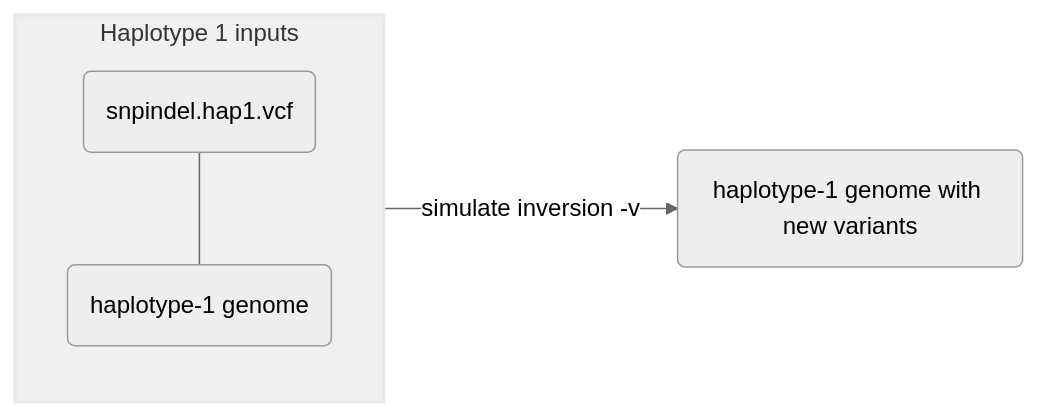
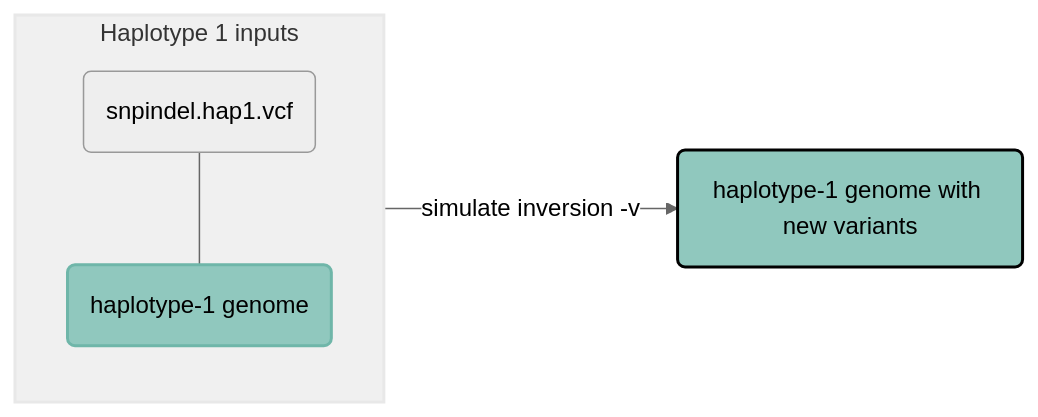
The fifth of 6 diagrams in Modules/Simulate/simulate-variants.md (pdimens/harpy), drawn with Mermaid (neutral theme) before and after one commit. The commit also changed other lines of this file, not shown here.

````diff
--- a/Modules/Simulate/simulate-variants.md
+++ b/Modules/Simulate/simulate-variants.md
@@ -247,8 +264,10 @@
 ```mermaid
 graph LR
     subgraph id1 ["Haplotype 1 inputs"]
     hap1(snpindel.hap1.vcf)---geno(haplotype-1 genome)
     end
     id1-->|simulate inversion -v|genohap1(haplotype-1 genome with new variants)
     style id1 fill:#f0f0f0,stroke:#e8e8e8,stroke-width:2px
+    style geno fill:#90c8be,stroke:#6fb6a9,stroke-width:2px
+    style genohap1 fill:#90c8be,stroke:#000000,stroke-width:2px
 ```
````
